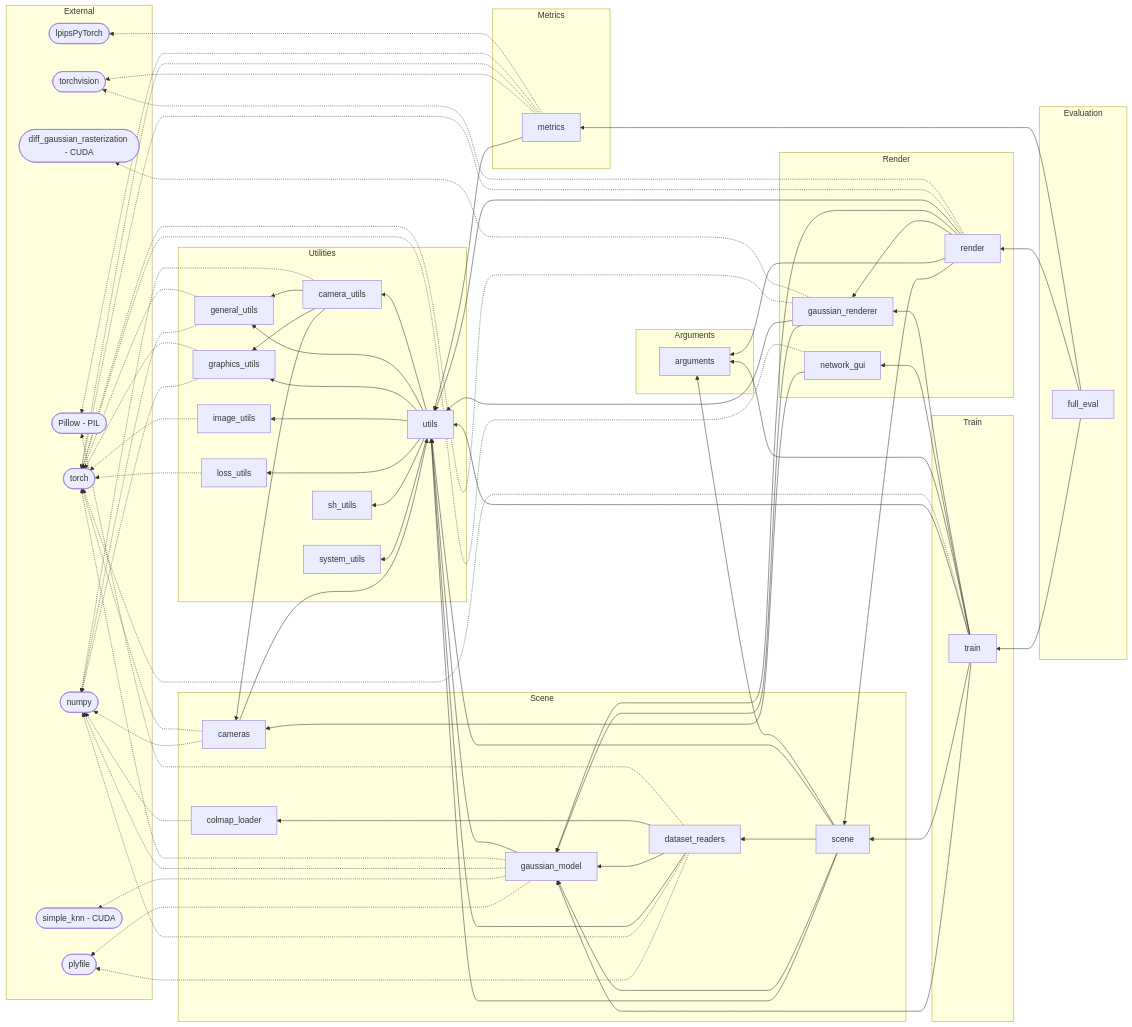
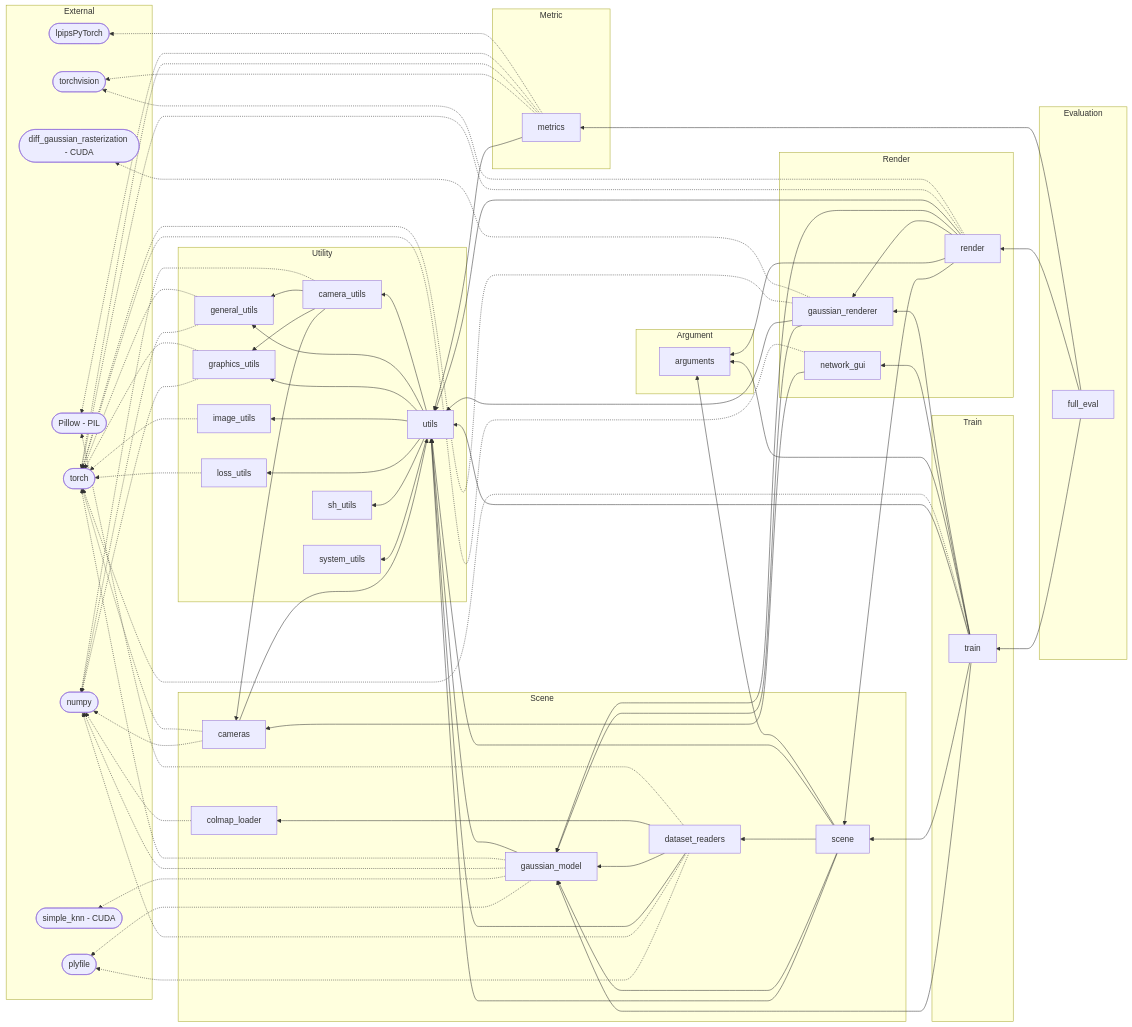
Before and after one commit to AsherJingkongChen/3DGS: the second of 2 diagrams in docs/dependency/original-reference.orig.md, drawn with Mermaid. The commit also changed other lines of this file, not shown here.

Commit message:
(doc-adjust), (doc-feat): Use singular and add overview + simplified dep-graph

````diff
--- a/docs/dependency/original-reference.orig.md
+++ b/docs/dependency/original-reference.orig.md
@@ -6,5 +58,5 @@
 ```mermaid
-flowchart RL
+graph RL
   subgraph External
     diff_gaussian_rasterization([diff_gaussian_rasterization - CUDA])
     lpipsPyTorch([lpipsPyTorch])
@@ -15,7 +67,7 @@
     torch([torch])
     torchvision([torchvision])
   end
-  subgraph Utilities
+  subgraph Utility
     utils
     camera_utils
     general_utils
@@ -25,7 +77,7 @@
     sh_utils
     system_utils
   end
-  subgraph Arguments
+  subgraph Argument
     arguments
   end
   subgraph Scene
@@ -35,7 +87,7 @@
     dataset_readers
     gaussian_model
   end
-  subgraph Metrics
+  subgraph Metric
     metrics
   end
   subgraph Render
@@ -50,7 +102,7 @@
     full_eval
   end
 
-  subgraph Utilities
+  subgraph Utility
     utils --> camera_utils
     utils --> general_utils
     utils --> graphics_utils
@@ -100,7 +152,7 @@
     gaussian_model -.-> simple_knn
     gaussian_model -.-> plyfile
   end
-  subgraph Metrics
+  subgraph Metric
     metrics -.-> lpipsPyTorch
     metrics -.-> Pillow
     metrics -.-> torch
````
